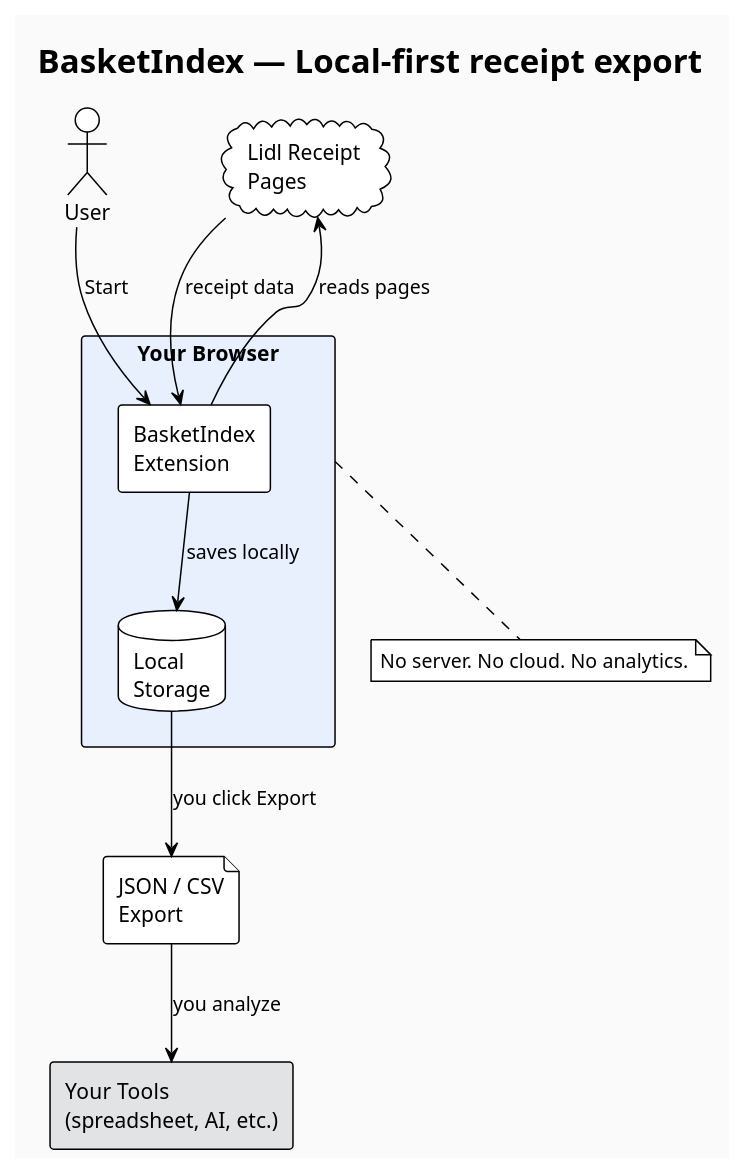
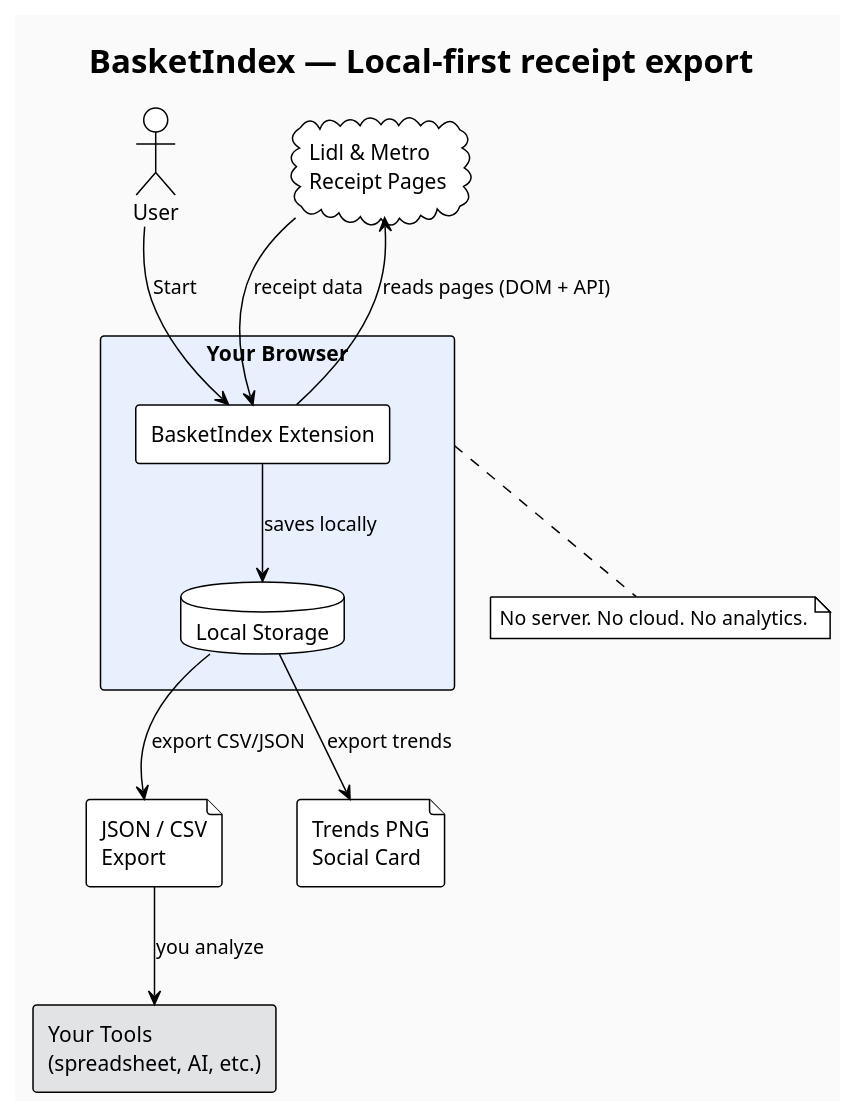
The second of 2 diagrams in docs/diagrams/public-architecture.md (stefanatanassov/basketindex), drawn with PlantUML before and after one commit. The commit also changed other lines of this file and 1 other file, not shown here.

````diff
--- a/docs/diagrams/public-architecture.md
+++ b/docs/diagrams/public-architecture.md
@@ -122,27 +131,29 @@
 ```plantuml
 @startuml
 !theme plain
 skinparam backgroundColor #FAFAFA
 skinparam shadowing false
 
 title BasketIndex — Local-first receipt export
 
 actor User
 rectangle "Your Browser" as Browser #E8F0FE {
-  rectangle "BasketIndex\nExtension" as Ext
-  database "Local\nStorage" as Db
+  rectangle "BasketIndex Extension" as Ext
+  database "Local Storage" as Db
 }
-cloud "Lidl Receipt\nPages" as Lidl
+cloud "Lidl & Metro\nReceipt Pages" as Retailer
 file "JSON / CSV\nExport" as Export
+file "Trends PNG\nSocial Card" as Img
 rectangle "Your Tools\n(spreadsheet, AI, etc.)" as Tools #E2E3E5
 
 User --> Ext : Start
-Ext --> Lidl : reads pages
-Lidl --> Ext : receipt data
+Ext --> Retailer : reads pages (DOM + API)
+Retailer --> Ext : receipt data
 Ext --> Db : saves locally
-Db --> Export : you click Export
+Db --> Export : export CSV/JSON
+Db --> Img : export trends
 Export --> Tools : you analyze
 
 note bottom of Browser : No server. No cloud. No analytics.
 @enduml
 ```
````
